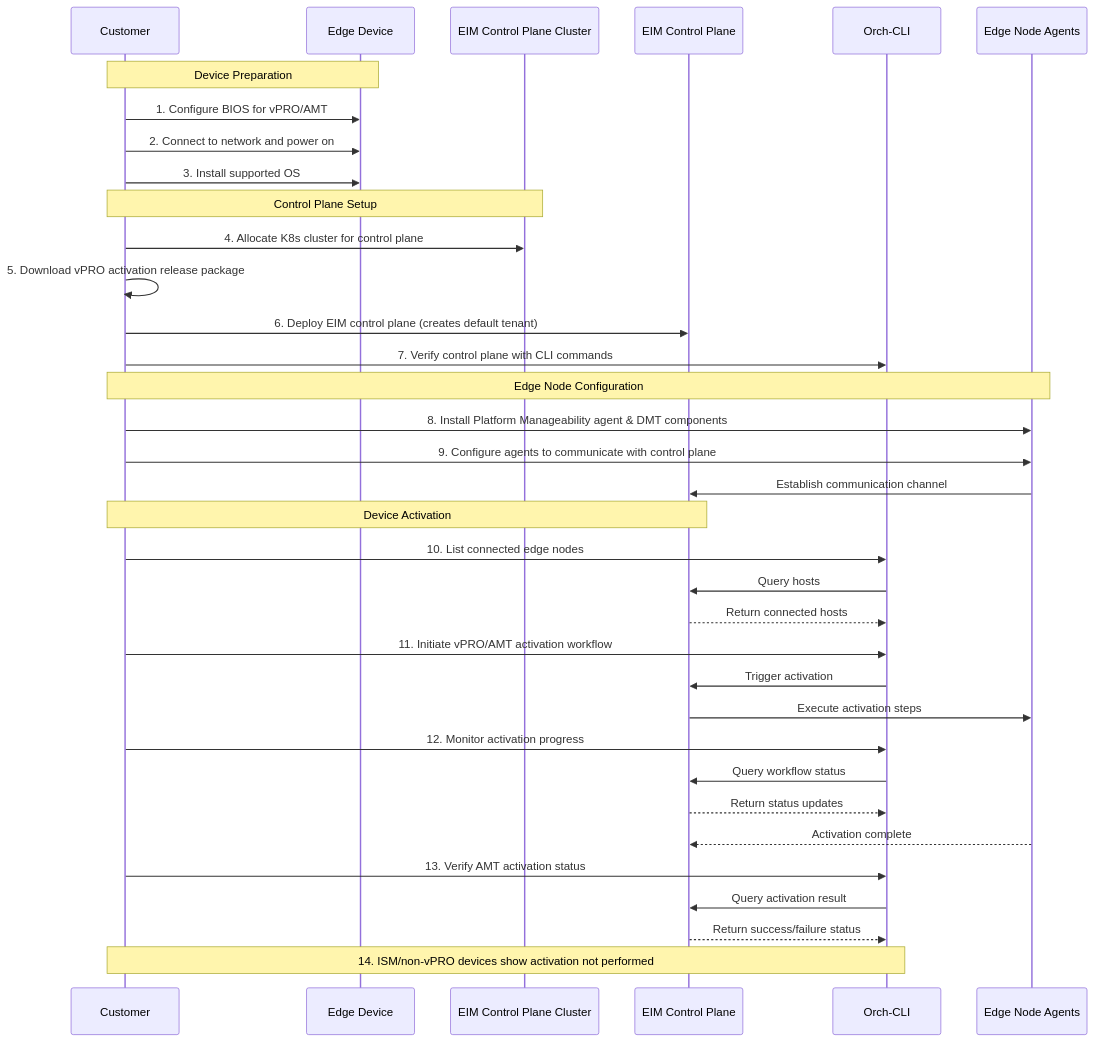
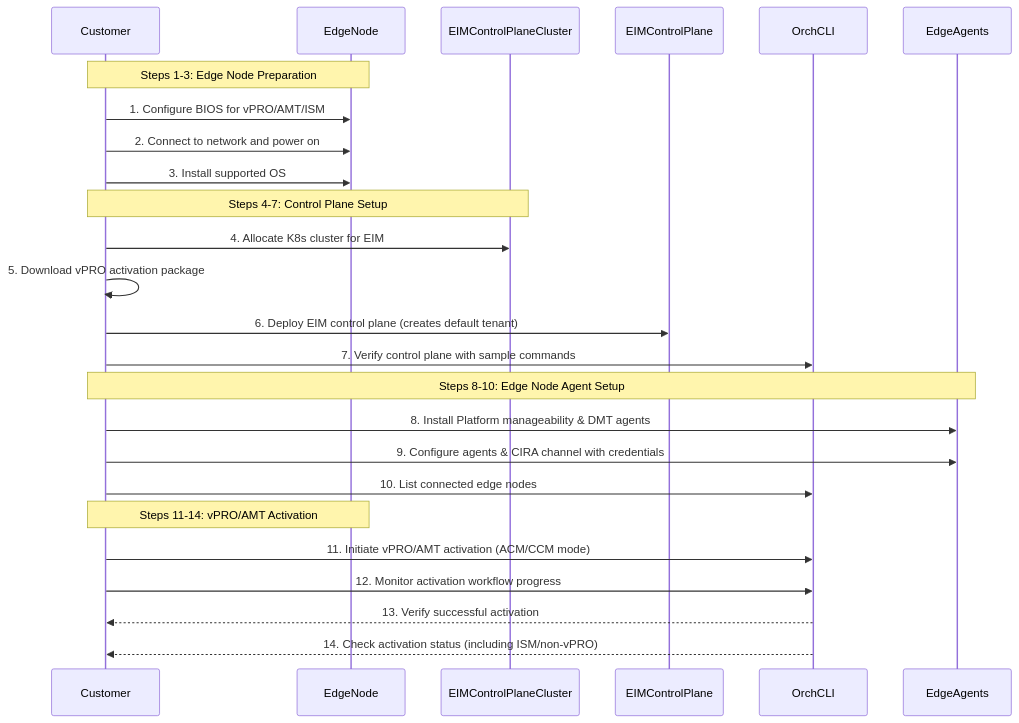
One commit to open-edge-platform/edge-manageability-framework changed the first of 2 diagrams in design-proposals/eim-modular-2600-workflows.md. Above: the diagram before and after it, drawn with Mermaid. The commit also changed other lines of this file, not shown here.

First line of the commit message:
Revise EIM modular workflows and sequence diagrams

````diff
--- a/design-proposals/eim-modular-2600-workflows.md
+++ b/design-proposals/eim-modular-2600-workflows.md
@@ -68,45 +68,31 @@
 ```mermaid
 sequenceDiagram
- participant Customer
- participant EdgeDevice as Edge Device
- participant ControlPlaneCluster as EIM Control Plane Cluster
- participant EIMControlPlane as EIM Control Plane
- participant OrchCLI as Orch-CLI
- participant EdgeAgents as Edge Node Agents
+  participant Customer
+  participant EdgeNode
+  participant EIMControlPlaneCluster
+  participant EIMControlPlane
+  participant OrchCLI
+  participant EdgeAgents
 
- Note over Customer,EdgeDevice: Device Preparation
- Customer->>EdgeDevice: 1. Configure BIOS for vPRO/AMT
- Customer->>EdgeDevice: 2. Connect to network and power on
- Customer->>EdgeDevice: 3. Install supported OS
+  Note over Customer,EdgeNode: Steps 1-3: Edge Node Preparation
+  Customer->>EdgeNode: 1. Configure BIOS for vPRO/AMT/ISM
+  Customer->>EdgeNode: 2. Connect to network and power on
+  Customer->>EdgeNode: 3. Install supported OS
 
- Note over Customer,ControlPlaneCluster: Control Plane Setup
- Customer->>ControlPlaneCluster: 4. Allocate K8s cluster for control plane
- Customer->>Customer: 5. Download vPRO activation release package
- Customer->>EIMControlPlane: 6. Deploy EIM control plane (creates default tenant)
- Customer->>OrchCLI: 7. Verify control plane with CLI commands
- 
- Note over Customer,EdgeAgents: Edge Node Configuration
- Customer->>EdgeAgents: 8. Install Platform Manageability agent & DMT components
- Customer->>EdgeAgents: 9. Configure agents to communicate with control plane
- EdgeAgents->>EIMControlPlane: Establish communication channel
- 
- Note over Customer,EIMControlPlane: Device Activation
- Customer->>OrchCLI: 10. List connected edge nodes
- OrchCLI->>EIMControlPlane: Query hosts
- EIMControlPlane-->>OrchCLI: Return connected hosts
- 
- Customer->>OrchCLI: 11. Initiate vPRO/AMT activation workflow
- OrchCLI->>EIMControlPlane: Trigger activation
- EIMControlPlane->>EdgeAgents: Execute activation steps
- 
- Customer->>OrchCLI: 12. Monitor activation progress
- OrchCLI->>EIMControlPlane: Query workflow status
- EIMControlPlane-->>OrchCLI: Return status updates
- 
- EdgeAgents-->>EIMControlPlane: Activation complete
- Customer->>OrchCLI: 13. Verify AMT activation status
- OrchCLI->>EIMControlPlane: Query activation result
- EIMControlPlane-->>OrchCLI: Return success/failure status
- 
- Note over Customer,OrchCLI: 14. ISM/non-vPRO devices show activation not performed
+  Note over Customer,EIMControlPlaneCluster: Steps 4-7: Control Plane Setup
+  Customer->>EIMControlPlaneCluster: 4. Allocate K8s cluster for EIM
+  Customer->>Customer: 5. Download vPRO activation package
+  Customer->>EIMControlPlane: 6. Deploy EIM control plane (creates default tenant)
+  Customer->>OrchCLI: 7. Verify control plane with sample commands
+
+  Note over Customer,EdgeAgents: Steps 8-10: Edge Node Agent Setup
+  Customer->>EdgeAgents: 8. Install Platform manageability & DMT agents
+  Customer->>EdgeAgents: 9. Configure agents & CIRA channel with credentials
+  Customer->>OrchCLI: 10. List connected edge nodes
+
+  Note over Customer,EdgeNode: Steps 11-14: vPRO/AMT Activation
+  Customer->>OrchCLI: 11. Initiate vPRO/AMT activation (ACM/CCM mode)
+  Customer->>OrchCLI: 12. Monitor activation workflow progress
+  OrchCLI-->>Customer: 13. Verify successful activation
+  OrchCLI-->>Customer: 14. Check activation status (including ISM/non-vPRO)
 ```
````
